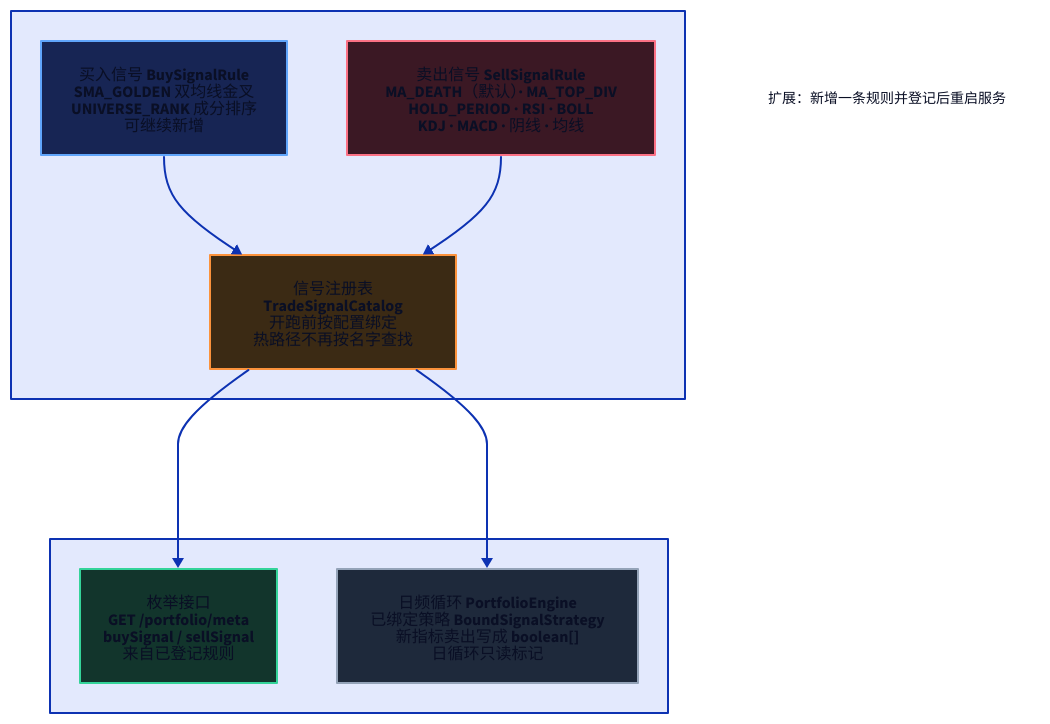
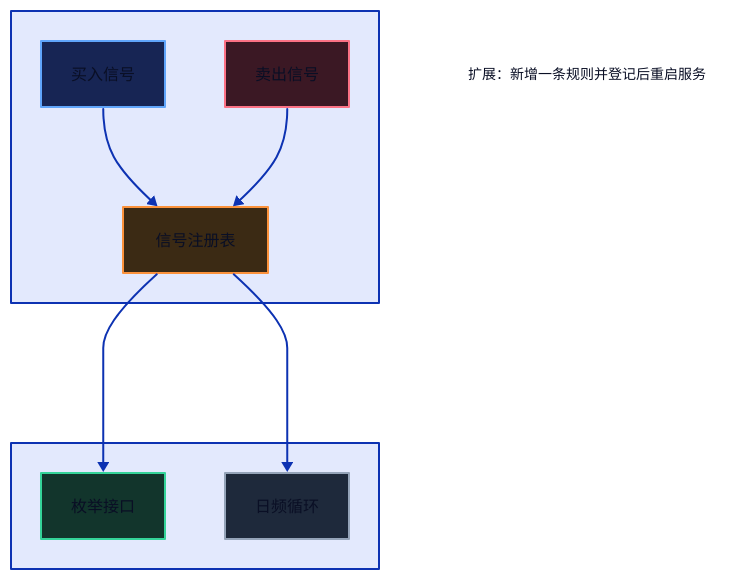
Before and after one commit to Saka9527/gaoneng-quant: the diagram in diagrams/d2/signal-catalog.d2, drawn with D2. The commit also changed 11 other files, not shown here.

Commit message:
Keep only the Chinese labels on the design diagrams.

```diff
--- a/diagrams/d2/signal-catalog.d2
+++ b/diagrams/d2/signal-catalog.d2
@@ -1,39 +1,39 @@
 direction: down
 
 rules: "" {
   direction: right
-  buy: "买入信号 BuySignalRule\nSMA_GOLDEN 双均线金叉\nUNIVERSE_RANK 成分排序\n可继续新增" {
+  buy: "买入信号" {
     style.fill: "#172554"
     style.stroke: "#60a5fa"
   }
-  sell: "卖出信号 SellSignalRule\nMA_DEATH（默认）· MA_TOP_DIV\nHOLD_PERIOD · RSI · BOLL\nKDJ · MACD · 阴线 · 均线" {
+  sell: "卖出信号" {
     style.fill: "#3b1824"
     style.stroke: "#fb7185"
   }
-  catalog: "信号注册表\nTradeSignalCatalog\n开跑前按配置绑定\n热路径不再按名字查找" {
+  catalog: "信号注册表" {
     style.fill: "#3b2a14"
     style.stroke: "#fb923c"
   }
   buy -> catalog
   sell -> catalog
 }
 
 sinks: "" {
   direction: right
-  meta: "枚举接口\nGET /portfolio/meta\nbuySignal / sellSignal\n来自已登记规则" {
+  meta: "枚举接口" {
     style.fill: "#12352c"
     style.stroke: "#34d399"
   }
-  engine: "日频循环 PortfolioEngine\n已绑定策略 BoundSignalStrategy\n新指标卖出写成 boolean[]\n日循环只读标记" {
+  engine: "日频循环" {
     style.fill: "#1e293b"
     style.stroke: "#94a3b8"
   }
 }
 
 rules.catalog -> sinks.meta
 rules.catalog -> sinks.engine
 
 note: "扩展：新增一条规则并登记后重启服务" {
   shape: text
   style.font-size: 14
 }
```
